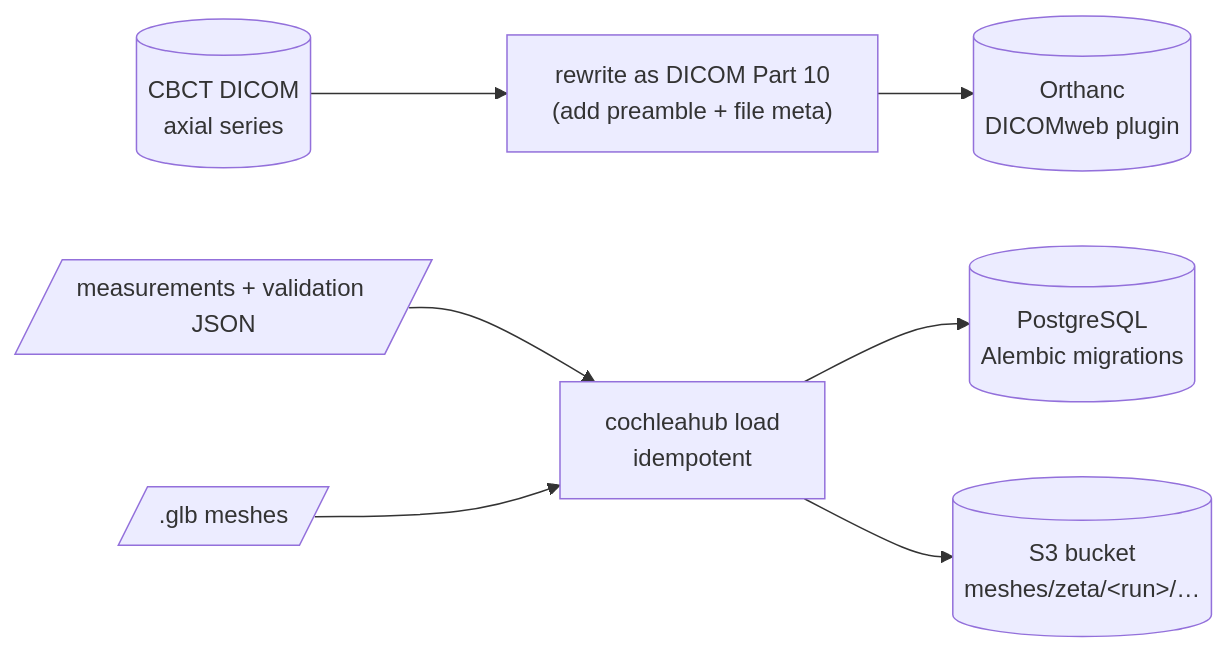
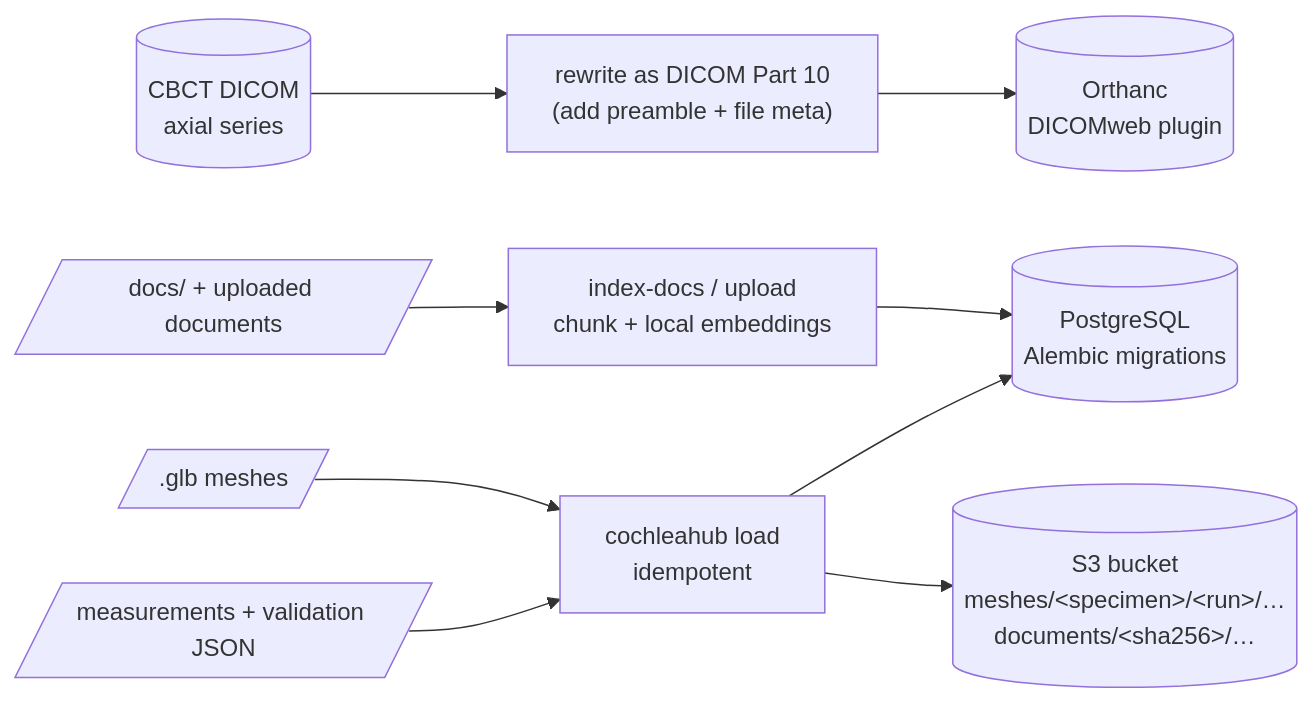
Before and after one commit to ZeeetOne/CochleaHub: the first of 2 diagrams in docs/architecture/04-storage.md, drawn with Mermaid. The commit also changed other lines of this file and 4 other files, not shown here.

Commit message:
docs: bring the stage 2-6 architecture pages up to date (pgvector, documents, two specimens)

````diff
--- a/docs/architecture/04-storage.md
+++ b/docs/architecture/04-storage.md
@@ -6,9 +6,11 @@
 ```mermaid
 flowchart LR
     CBCT[("CBCT DICOM<br/>axial series")] --> P10["rewrite as DICOM Part 10<br/>(add preamble + file meta)"]
     P10 --> OR[("Orthanc<br/>DICOMweb plugin")]
     J[/"measurements + validation JSON"/] --> L["cochleahub load<br/>idempotent"]
     L --> PG[("PostgreSQL<br/>Alembic migrations")]
     G[/".glb meshes"/] --> L
-    L --> S3[("S3 bucket<br/>meshes/zeta/&lt;run&gt;/…")]
+    L --> S3[("S3 bucket<br/>meshes/&lt;specimen&gt;/&lt;run&gt;/…<br/>documents/&lt;sha256&gt;/…")]
+    D[/"docs/ + uploaded documents"/] --> IX["index-docs / upload<br/>chunk + local embeddings"]
+    IX --> PG
 ```
````
